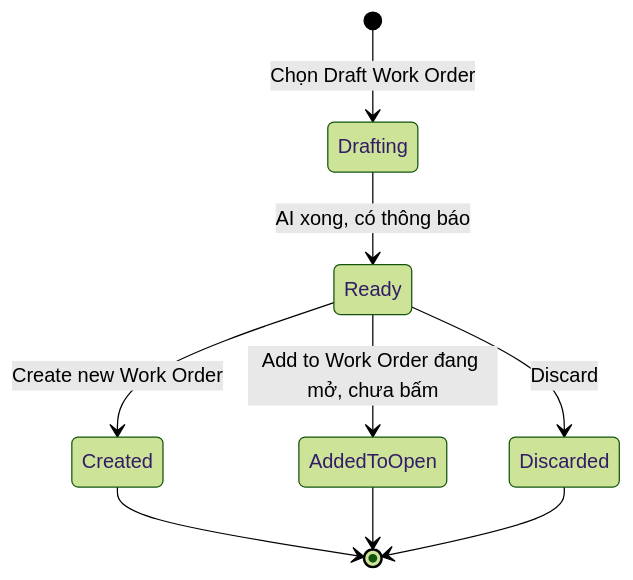
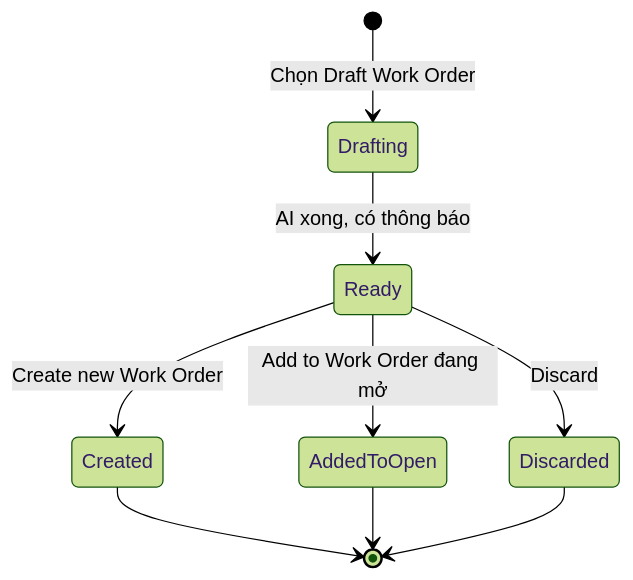
Before and after one commit to szitphan/invlogis: the fifth of 9 diagrams in docs/_research/fleetio/srs/fleetio-repair-states.md, drawn with Mermaid (forest theme). The commit also changed other lines of this file and 113 other files, not shown here.

````diff
--- a/docs/_research/fleetio/srs/fleetio-repair-states.md
+++ b/docs/_research/fleetio/srs/fleetio-repair-states.md
@@ -145,11 +157,11 @@
 ```mermaid
 stateDiagram-v2
     [*] --> Drafting: Chọn Draft Work Order
     Drafting --> Ready: AI xong, có thông báo
     Ready --> Created: Create new Work Order
-    Ready --> AddedToOpen: Add to Work Order đang mở, chưa bấm
+    Ready --> AddedToOpen: Add to Work Order đang mở
     Ready --> Discarded: Discard
     Created --> [*]
     AddedToOpen --> [*]
     Discarded --> [*]
 ```
````
